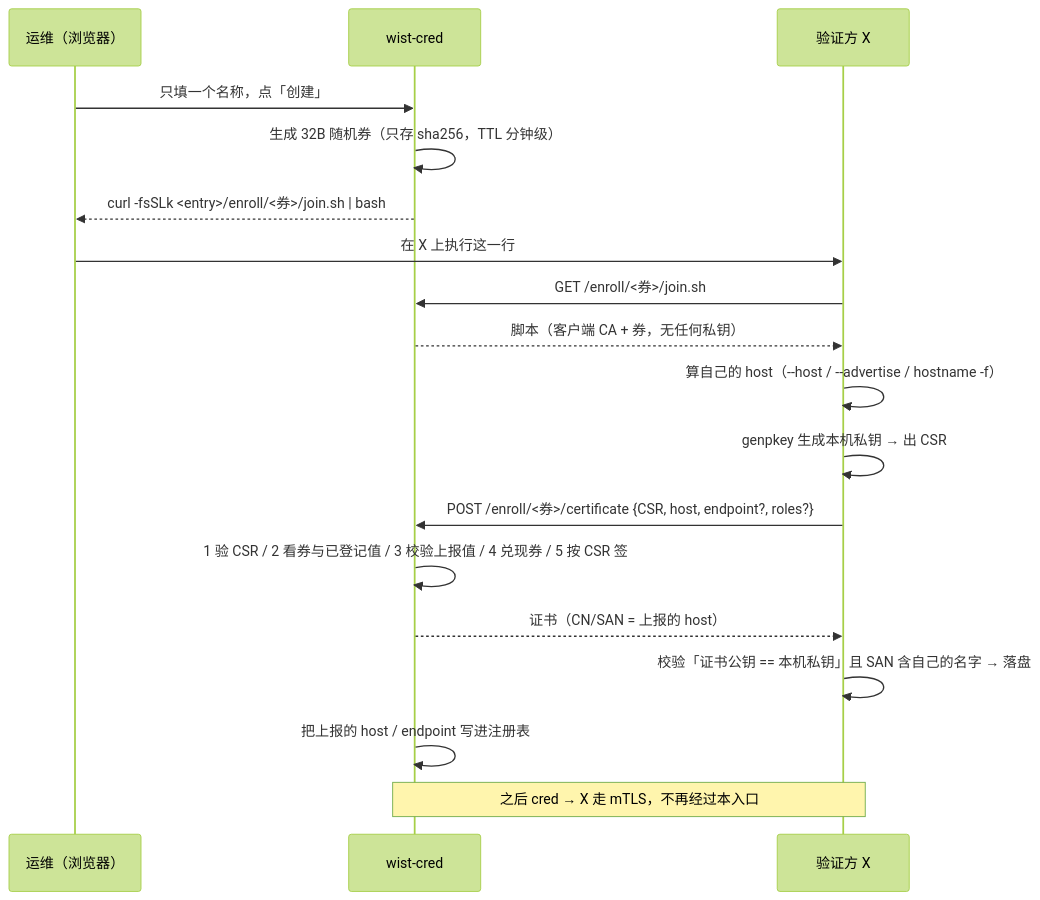
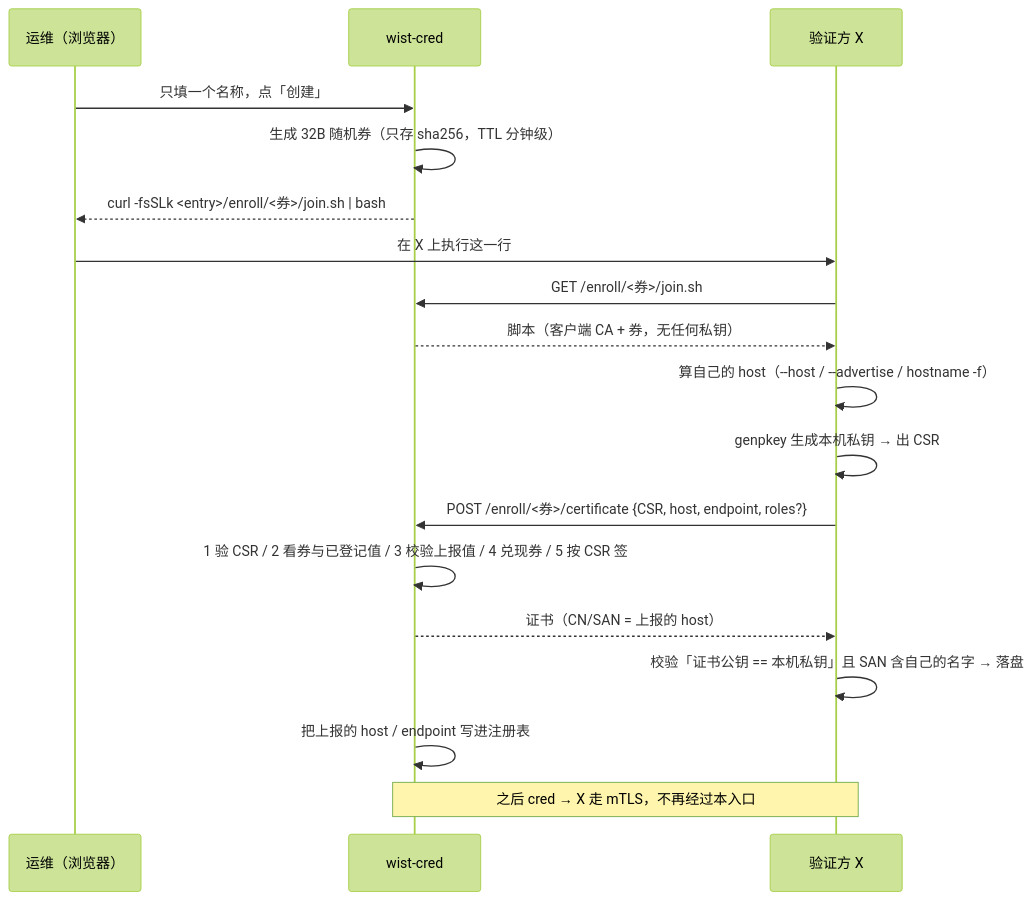
The fourth of 4 diagrams in doc/design/foundation/auth-token-verification.md (dayu-sec/wist-design), drawn with Mermaid (forest theme) before and after one commit. The commit also changed other lines of this file, not shown here.

First line of the commit message:
docs(auth): 收数地址是必填项，no_endpoint 与 unknown 分开（错误不能隐藏）

````diff
--- a/doc/design/foundation/auth-token-verification.md
+++ b/doc/design/foundation/auth-token-verification.md
@@ -690,21 +690,21 @@
 ```mermaid
 sequenceDiagram
     participant Op as 运维（浏览器）
     participant C as wist-cred
     participant X as 验证方 X
 
     Op->>C: 只填一个名称，点「创建」
     C->>C: 生成 32B 随机券（只存 sha256，TTL 分钟级）
     C-->>Op: curl -fsSLk <entry>/enroll/<券>/join.sh | bash
     Op->>X: 在 X 上执行这一行
     X->>C: GET /enroll/<券>/join.sh
     C-->>X: 脚本（客户端 CA + 券，无任何私钥）
     X->>X: 算自己的 host（--host / --advertise / hostname -f）
     X->>X: genpkey 生成本机私钥 → 出 CSR
-    X->>C: POST /enroll/<券>/certificate {CSR, host, endpoint?, roles?}
+    X->>C: POST /enroll/<券>/certificate {CSR, host, endpoint, roles?}
     C->>C: 1 验 CSR / 2 看券与已登记值 / 3 校验上报值 / 4 兑现券 / 5 按 CSR 签
     C-->>X: 证书（CN/SAN = 上报的 host）
     X->>X: 校验「证书公钥 == 本机私钥」且 SAN 含自己的名字 → 落盘
     C->>C: 把上报的 host / endpoint 写进注册表
     Note over X,C: 之后 cred → X 走 mTLS，不再经过本入口
 ```
````
